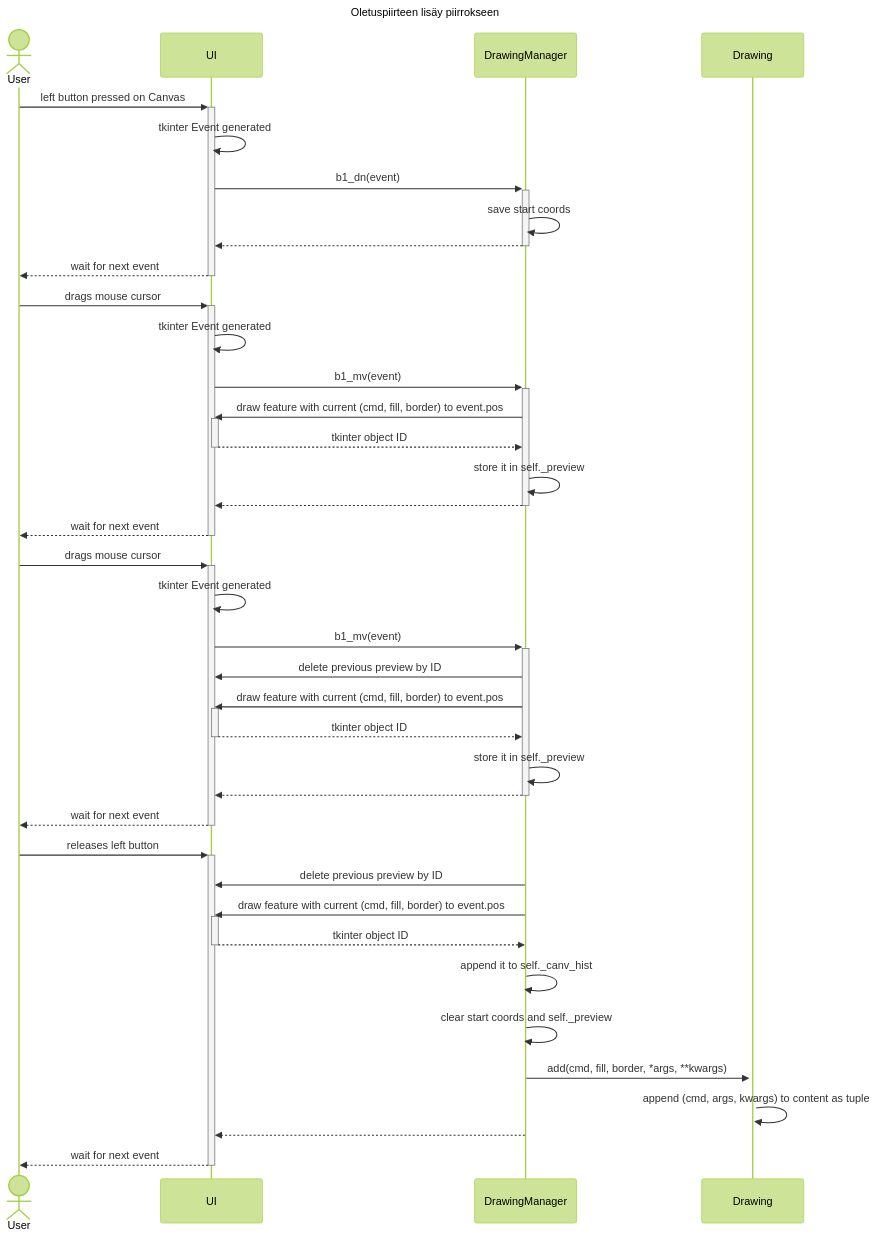
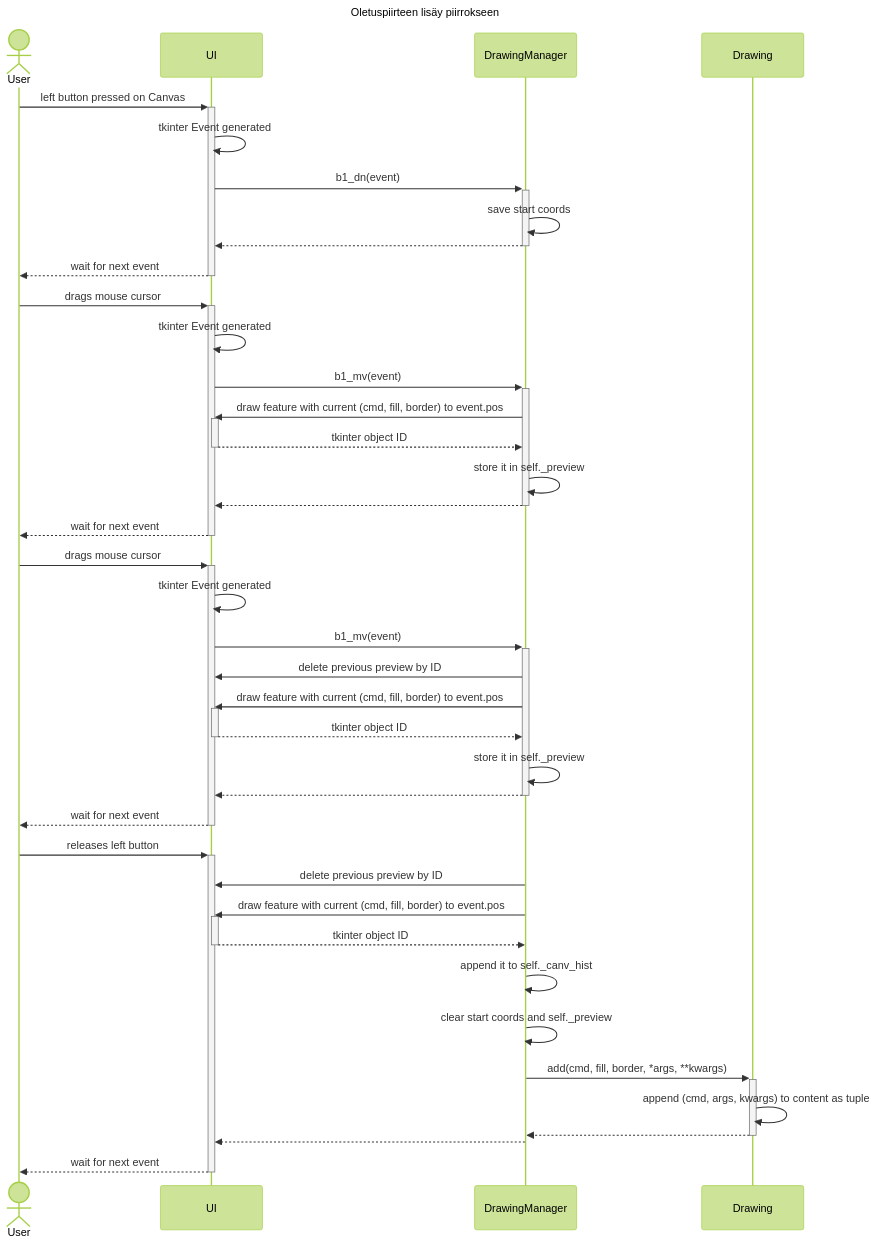
The eighth of 13 diagrams in dokumentaatio/arkkitehtuuri.md (tomjtoth/ot-harjoitustyo), drawn with Mermaid (forest theme) before and after one commit. The commit also changed other lines of this file and 1 other file, not shown here.

````diff
--- a/dokumentaatio/arkkitehtuuri.md
+++ b/dokumentaatio/arkkitehtuuri.md
@@ -209,50 +213,51 @@
 ```mermaid
 ---
 title: Oletuspiirteen lisäy piirrokseen
 ---
 sequenceDiagram
     actor User
 
     User->>+UI: left button pressed on Canvas
 
     UI->>UI: tkinter Event generated
     UI->>+DrawingManager: b1_dn(event)
     DrawingManager->>DrawingManager: save start coords
     DrawingManager-->>-UI: 
     UI-->>-User: wait for next event
 
 
     User->>+UI: drags mouse cursor
 
     UI->>UI: tkinter Event generated
     UI->>+DrawingManager: b1_mv(event)
     DrawingManager->>+UI: draw feature with current (cmd, fill, border) to event.pos
     UI-->>-DrawingManager: tkinter object ID
     DrawingManager->>DrawingManager: store it in self._preview
     DrawingManager-->>-UI: 
     UI-->>-User: wait for next event
 
     User->>+UI: drags mouse cursor
 
     UI->>UI: tkinter Event generated
     UI->>+DrawingManager: b1_mv(event)
     DrawingManager->>UI: delete previous preview by ID
     DrawingManager->>+UI: draw feature with current (cmd, fill, border) to event.pos
     UI-->>-DrawingManager: tkinter object ID
     DrawingManager->>DrawingManager: store it in self._preview
     DrawingManager-->>-UI: 
     UI-->>-User: wait for next event
 
     User->>+UI: releases left button
 
     DrawingManager->>UI: delete previous preview by ID
     DrawingManager->>+UI: draw feature with current (cmd, fill, border) to event.pos
     UI-->>-DrawingManager: tkinter object ID
     DrawingManager->>DrawingManager: append it to self._canv_hist
     DrawingManager->>DrawingManager: clear start coords and self._preview
     DrawingManager->>+Drawing: add(cmd, fill, border, *args, **kwargs)
     Drawing->>Drawing: append (cmd, args, kwargs) to content as tuple
+    Drawing-->>-DrawingManager: 
     DrawingManager-->>UI: 
     UI-->>-User: wait for next event
 
 ```
````
